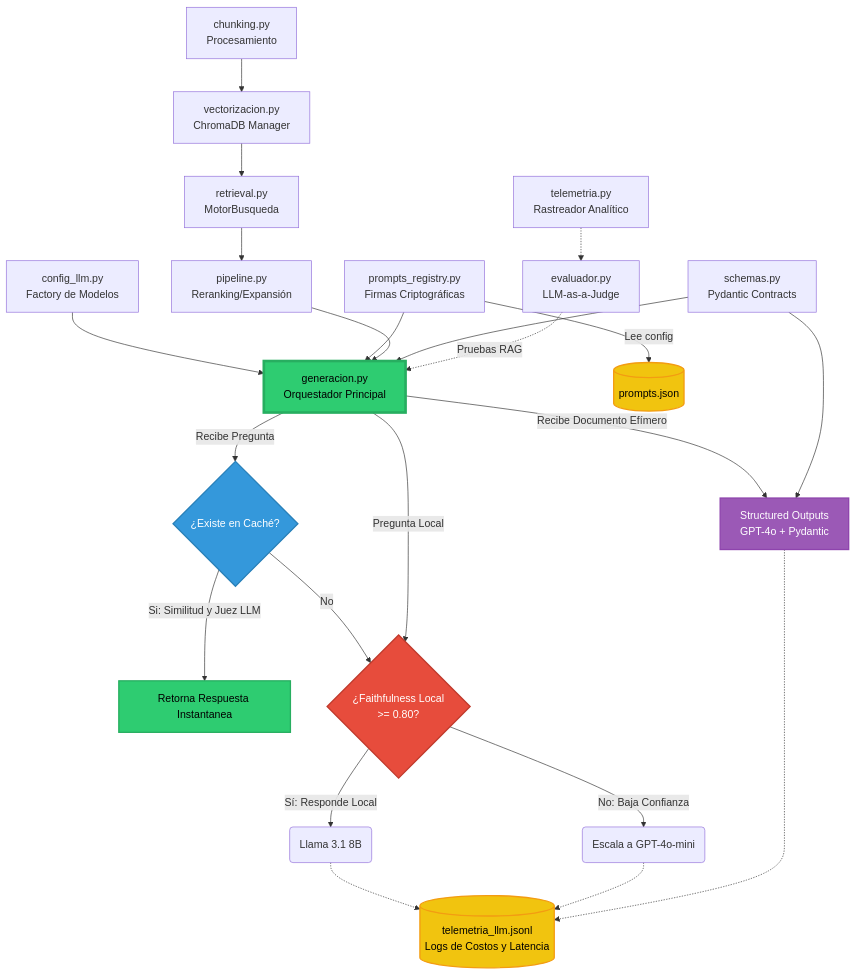
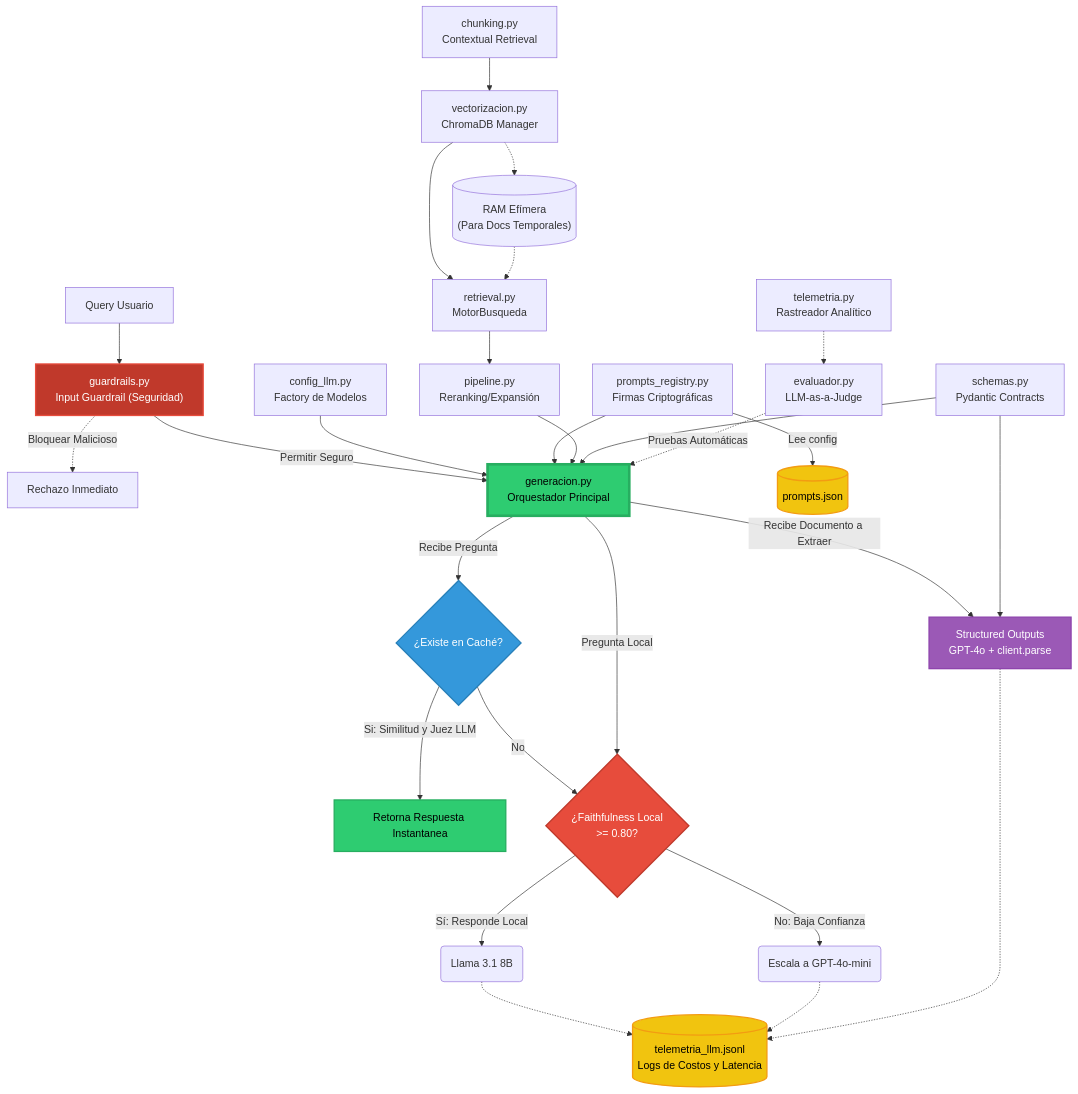
The diagram in docs/arquitectura/diagrama_arquitectura_nlp_core.md (alexandro-mayoral-teran/proyecto_disf_npl), drawn with Mermaid before and after one commit. The commit also changed other lines of this file and 22 other files, not shown here.

````diff
--- a/docs/arquitectura/diagrama_arquitectura_nlp_core.md
+++ b/docs/arquitectura/diagrama_arquitectura_nlp_core.md
@@ -11,47 +11,55 @@
 ```mermaid
 graph TD
+    %% Seguridad y Firewall (Avance 6)
+    U[Query Usuario] --> GR["guardrails.py<br>Input Guardrail (Seguridad)"]
+    GR -.->|Bloquear Malicioso| O[Rechazo Inmediato]
+    GR -->|Permitir Seguro| G["generacion.py<br>Orquestador Principal"]
+
     %% Componentes Fundacionales
-    A["config_llm.py<br>Factory de Modelos"] --> G["generacion.py<br>Orquestador Principal"]
+    A["config_llm.py<br>Factory de Modelos"] --> G
     B["prompts_registry.py<br>Firmas Criptográficas"] --> G
     B -->|Lee config| C[("prompts.json")]
     
-    %% Flujo de Recuperación
+    %% Flujo de Recuperación Híbrido
     D["vectorizacion.py<br>ChromaDB Manager"] --> E["retrieval.py<br>MotorBusqueda"]
-    H["chunking.py<br>Procesamiento"] --> D
+    D -.-> RAM[("RAM Efímera<br>(Para Docs Temporales)")]
+    RAM -.-> E
+    H["chunking.py<br>Contextual Retrieval"] --> D
     E --> F["pipeline.py<br>Reranking/Expansión"]
     F --> G
     
     %% Caché Semántico Híbrido (Rama RAG)
     G -->|Recibe Pregunta| CACHE{"¿Existe en Caché?"}
     CACHE -->|Si: Similitud y Juez LLM| CACHE_HIT["Retorna Respuesta Instantanea"]
     CACHE -->|No| R1
     
-    %% Router Cascade (Avance 5 - Rama RAG)
+    %% Router Cascade (Rama RAG)
     G -->|Pregunta Local| R1{"¿Faithfulness Local<br> >= 0.80?"}
     R1 -->|Sí: Responde Local| S1("Llama 3.1 8B")
     R1 -->|No: Baja Confianza| S2("Escala a GPT-4o-mini")
     S1 -.-> J
     S2 -.-> J
     
     %% Extracción Estructurada (Rama Long-Context)
-    G -->|Recibe Documento Efímero| P1["Structured Outputs<br>GPT-4o + Pydantic"]
+    G -->|Recibe Documento a Extraer| P1["Structured Outputs<br>GPT-4o + client.parse"]
     P1 -.-> J
     
     %% Validación y Monitoreo
     I["schemas.py<br>Pydantic Contracts"] --> P1
     I --> G
     J[("telemetria_llm.jsonl<br>Logs de Costos y Latencia")]
     
     %% Laboratorio/Evaluación
     K["telemetria.py<br>Rastreador Analítico"] -.-> L["evaluador.py<br>LLM-as-a-Judge"]
-    L -.->|Pruebas RAG| G
+    L -.->|Pruebas Automáticas| G
 
     %% Estilos
+    style GR fill:#c0392b,stroke:#e74c3c,stroke-width:2px,color:white
     style G fill:#2ecc71,stroke:#27ae60,stroke-width:4px,color:black
     style R1 fill:#e74c3c,stroke:#c0392b,stroke-width:2px,color:white
     style CACHE fill:#3498db,stroke:#2980b9,stroke-width:2px,color:white
     style CACHE_HIT fill:#2ecc71,stroke:#27ae60,stroke-width:2px,color:black
     style C fill:#f1c40f,stroke:#f39c12,stroke-width:2px,color:black
     style J fill:#f1c40f,stroke:#f39c12,stroke-width:2px,color:black
     style P1 fill:#9b59b6,stroke:#8e44ad,stroke-width:2px,color:white
 ```
````
